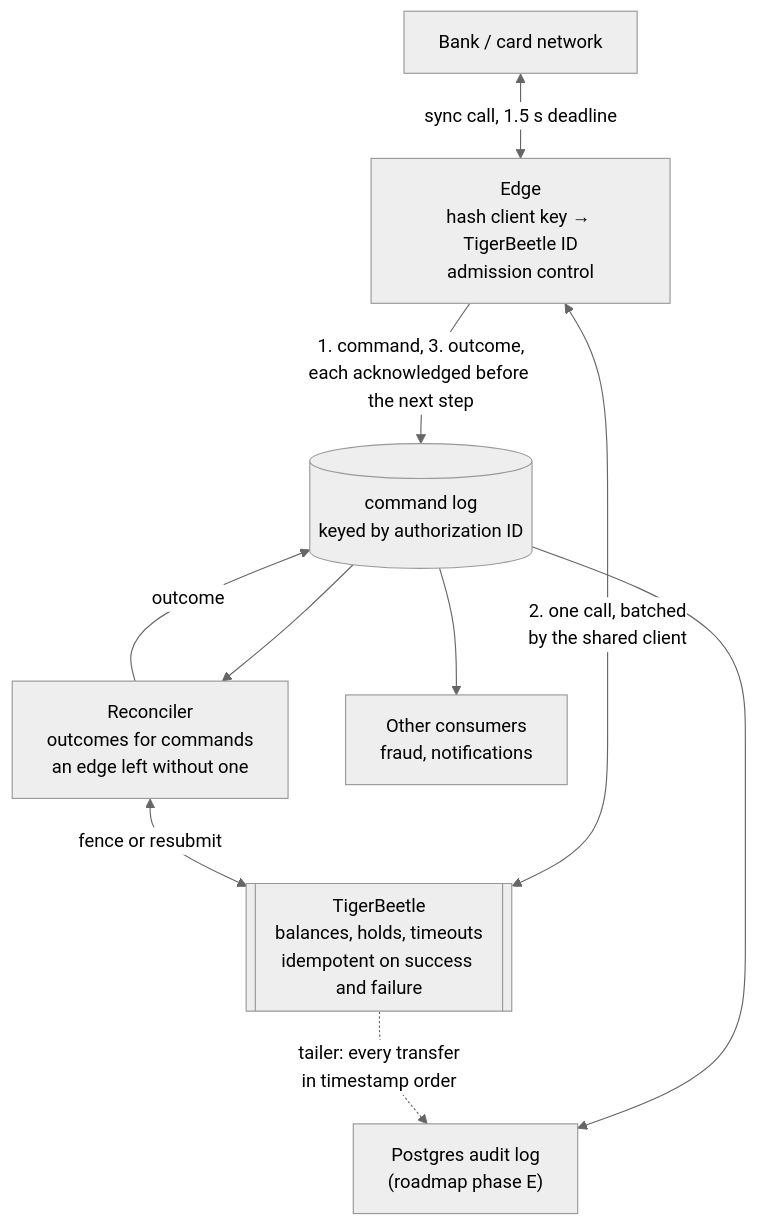
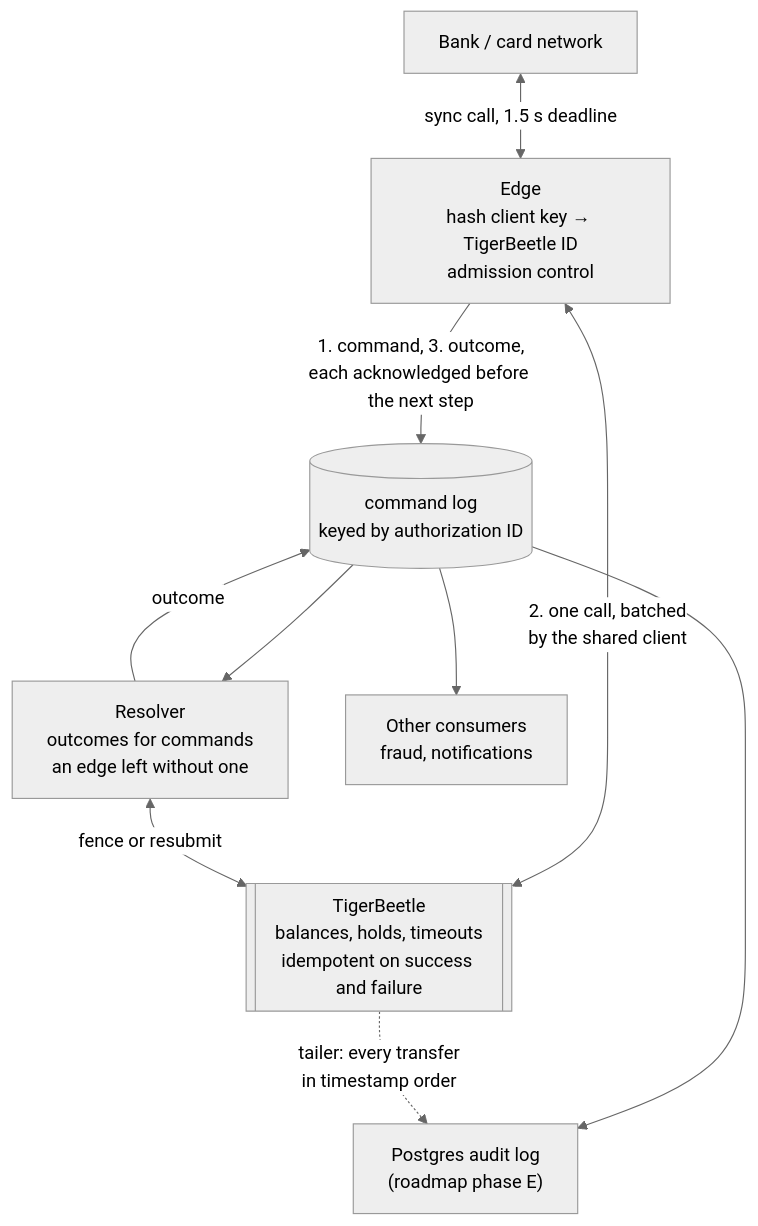
The diagram in README.md (nmarasoiu/dst-200ktps-ledger), drawn with Mermaid (neutral theme) before and after one commit. The commit also changed other lines of this file and 2 other files, not shown here.

First line of the commit message:
Resolver, log time, refusals, one merge, identical fences, scan after each run

````diff
--- a/README.md
+++ b/README.md
@@ -49,13 +49,13 @@
 ```mermaid
 flowchart TD
     Bank["Bank / card network"] <-->|"sync call, 1.5 s deadline"| Edge
     Edge["Edge<br/>hash client key → TigerBeetle ID<br/>admission control"]
     Edge -->|"1. command, 3. outcome,<br/>each acknowledged before the next step"| Log[("command log<br/>keyed by authorization ID")]
     Edge <-->|"2. one call, batched<br/>by the shared client"| TB[["TigerBeetle<br/>balances, holds, timeouts<br/>idempotent on success and failure"]]
-    Log --> Rec["Reconciler<br/>outcomes for commands<br/>an edge left without one"]
-    Rec <-->|"fence or resubmit"| TB
-    Rec -->|"outcome"| Log
+    Log --> Res["Resolver<br/>outcomes for commands<br/>an edge left without one"]
+    Res <-->|"fence or resubmit"| TB
+    Res -->|"outcome"| Log
     Log --> PG["Postgres audit log<br/>(roadmap phase E)"]
     Log --> Other["Other consumers<br/>fraud, notifications"]
     TB -.->|"tailer: every transfer<br/>in timestamp order"| PG
 ```
````
